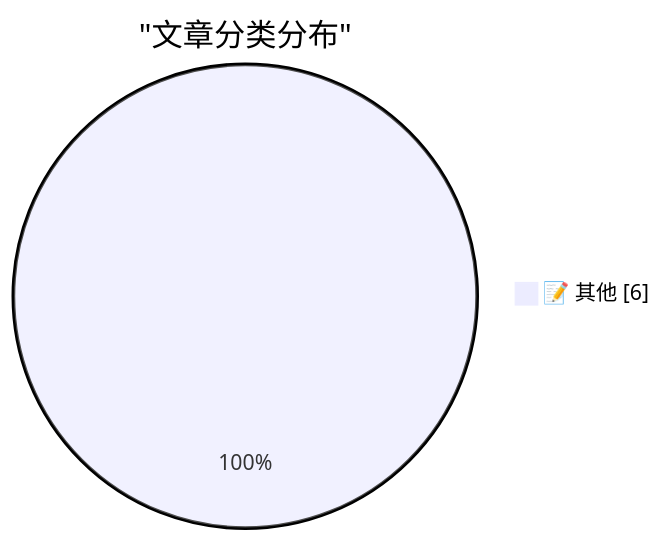
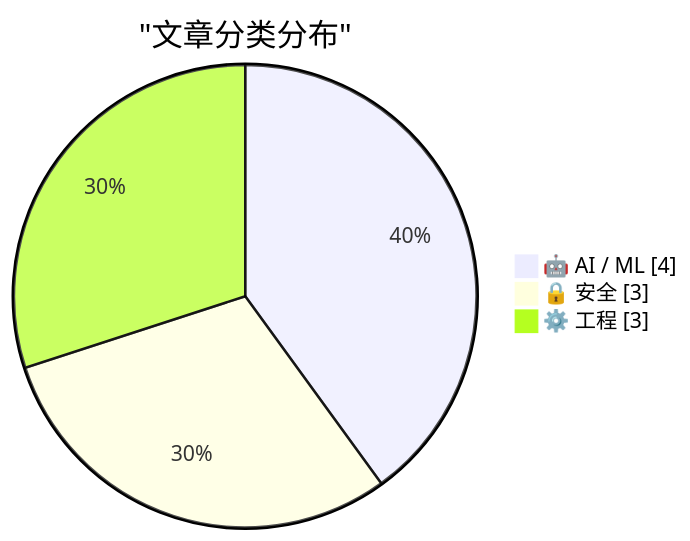
One commit to originem0/SZBlog changed the first of 2 diagrams in content/ai-daily/2026-03-22.md. Above: the diagram before and after it, drawn with Mermaid. The commit also changed other lines of this file, not shown here.

````diff
--- a/content/ai-daily/2026-03-22.md
+++ b/content/ai-daily/2026-03-22.md
@@ -42,5 +57,7 @@
 ```mermaid
 pie showData
     title "文章分类分布"
-    "📝 其他" : 6
+    "🤖 AI / ML" : 4
+    "🔒 安全" : 3
+    "⚙️ 工程" : 3
 ```
````
